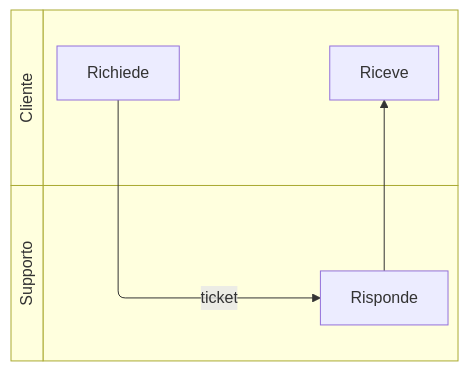
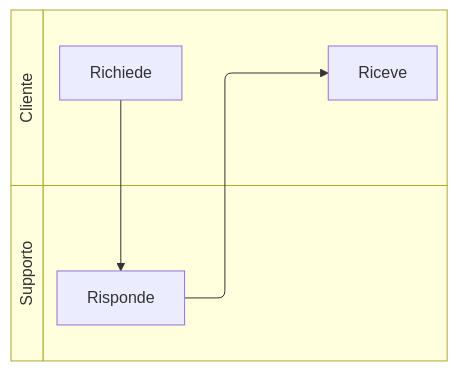
One commit to Terbiz/lectureai changed diagram 11 of 11 in static/skills/schemi-mermaid-avanzati.md. Above: the diagram before and after it, drawn with Mermaid. The commit also changed other lines of this file and 6 other files, not shown here.

````diff
--- a/static/skills/schemi-mermaid-avanzati.md
+++ b/static/skills/schemi-mermaid-avanzati.md
@@ -159,12 +105,12 @@
 ```mermaid
 swimlane-beta LR
     subgraph cli [Cliente]
         R[Richiede]
         A[Riceve]
     end
     subgraph sup [Supporto]
         T[Risponde]
     end
-    R -->|ticket| T
+    R --> T
     T --> A
 ```
````
